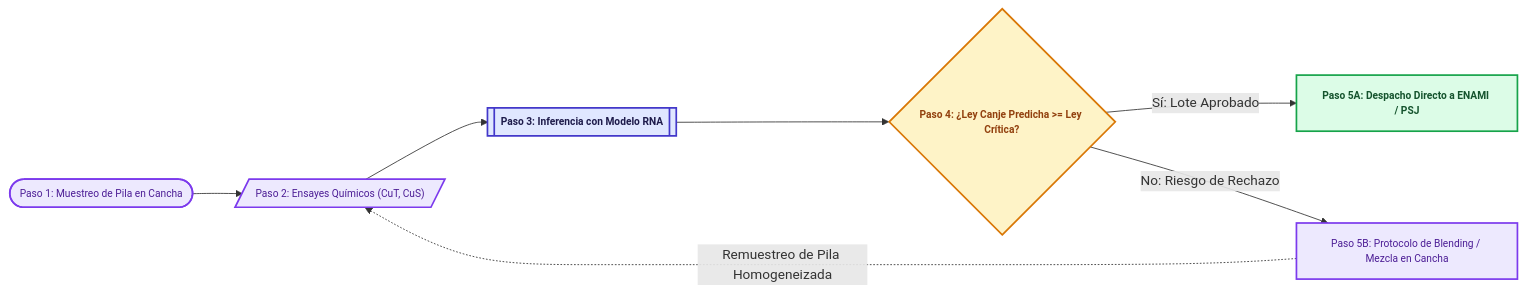
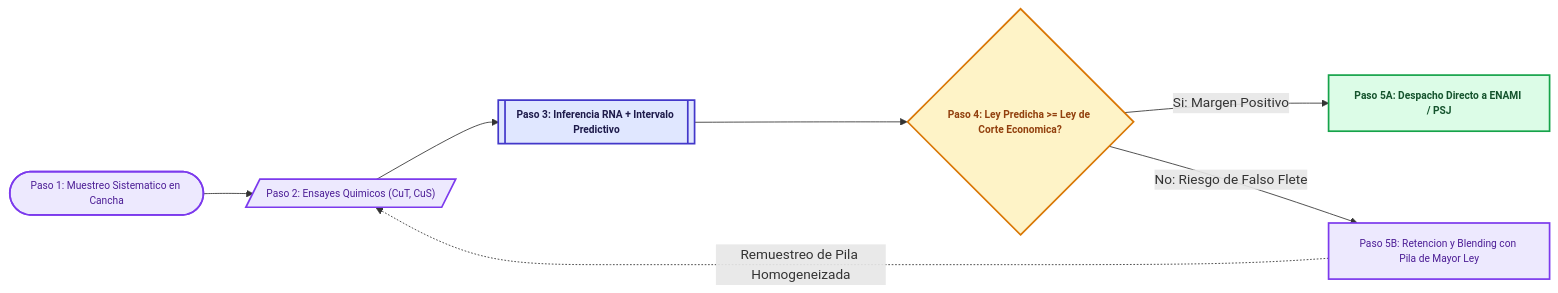
The second of 2 diagrams in METODOLOGÍA/METODOLOGIA_TRABAJO_TESIS.md (guerrafmaturana-arch/TESIS), drawn with Mermaid before and after one commit. The commit also changed other lines of this file and 6 other files, not shown here.

````diff
--- a/METODOLOGÍA/METODOLOGIA_TRABAJO_TESIS.md
+++ b/METODOLOGÍA/METODOLOGIA_TRABAJO_TESIS.md
@@ -335,20 +324,19 @@
 ```mermaid
 flowchart LR
-    classDef terminal fill:#1E293B,stroke:#0F172A,stroke-width:2px,color:#FFFFFF,font-size:12px,font-weight:bold;
     classDef process fill:#EDE9FE,stroke:#7C3AED,stroke-width:2px,color:#4C1D95,font-size:12px;
     classDef model fill:#E0E7FF,stroke:#4338CA,stroke-width:2px,color:#1E1B4B,font-size:12px,font-weight:bold;
     classDef decision fill:#FEF3C7,stroke:#D97706,stroke-width:2px,color:#92400E,font-size:12px,font-weight:bold;
     classDef action fill:#DCFCE7,stroke:#16A34A,stroke-width:2px,color:#14532D,font-size:12px,font-weight:bold;
 
-    P1(["Paso 1: Muestreo de Pila en Cancha"]):::process
-    P2[/"Paso 2: Ensayes Químicos (CuT, CuS)"/]:::process
-    P3[["Paso 3: Inferencia con Modelo RNA"]]:::model
-    P4{"Paso 4: ¿Ley Canje Predicha >= Ley Crítica?"}:::decision
+    P1(["Paso 1: Muestreo Sistematico en Cancha"]):::process
+    P2[/"Paso 2: Ensayes Quimicos (CuT, CuS)"/]:::process
+    P3[["Paso 3: Inferencia RNA + Intervalo Predictivo"]]:::model
+    P4{"Paso 4: Ley Predicha >= Ley de Corte Economica?"}:::decision
     P5A["Paso 5A: Despacho Directo a ENAMI / PSJ"]:::action
-    P5B["Paso 5B: Protocolo de Blending / Mezcla en Cancha"]:::process
+    P5B["Paso 5B: Retencion y Blending con Pila de Mayor Ley"]:::process
 
     P1 --> P2 --> P3 --> P4
-    P4 -->|"Sí: Lote Aprobado"| P5A
-    P4 -->|"No: Riesgo de Rechazo"| P5B
+    P4 -->|"Si: Margen Positivo"| P5A
+    P4 -->|"No: Riesgo de Falso Flete"| P5B
     P5B -.->|"Remuestreo de Pila Homogeneizada"| P2
 ```
````
